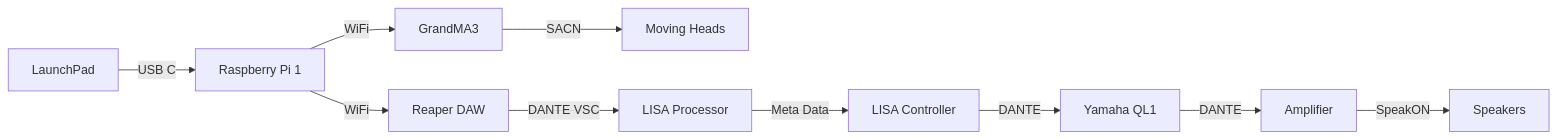
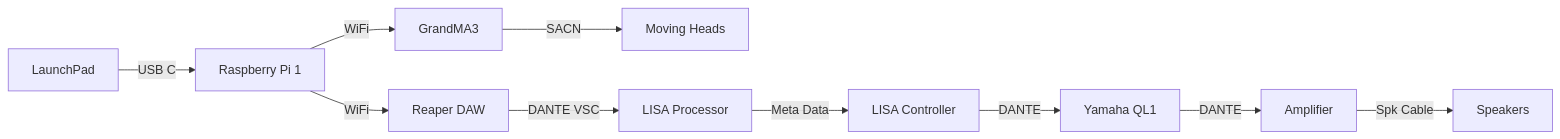
One commit to hugh-jessel/NYP-EGL314-MSP1 changed the diagram in POC/README.md. Above: the diagram before and after it, drawn with Mermaid.

````diff
--- a/POC/README.md
+++ b/POC/README.md
@@ -17,12 +17,12 @@
 ```mermaid
 graph LR
 B[GrandMA3] --SACN--> C[Moving Heads]
 D[LaunchPad] --USB C--> E[Raspberry Pi 1]
 E --WiFi --> B
 E --WiFi--> F[Reaper DAW]
 F --DANTE VSC--> G[LISA Processor]
 G --Meta Data--> H[LISA Controller]
 H --DANTE--> I[Yamaha QL1]
 I --DANTE--> J[Amplifier]
-J --SpeakON--> K[Speakers]
+J --Spk Cable--> K[Speakers]
 ```
````
